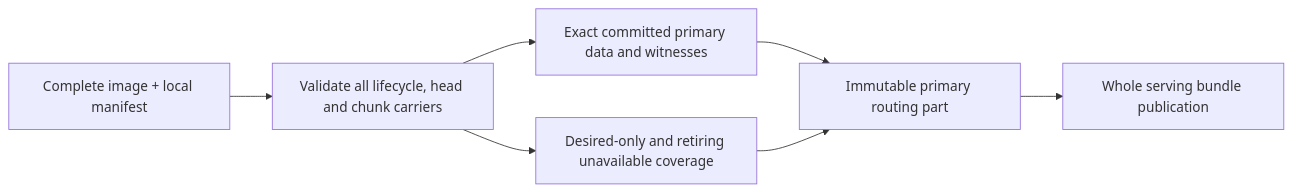
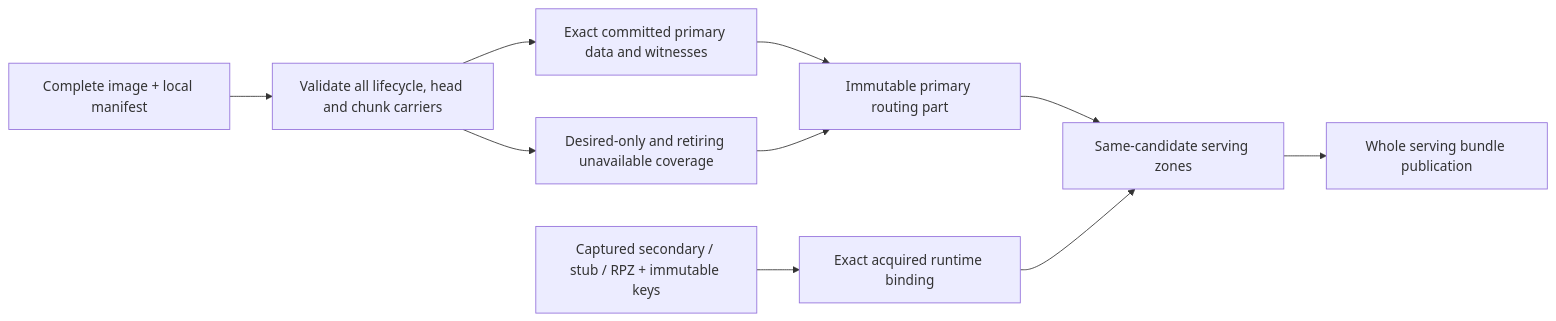
The eighth of 8 diagrams in docs/architecture/zones.md (robertherbaugh/kudurru), drawn with Mermaid before and after one commit. The commit also changed other lines of this file and 12 other files, not shown here.

Commit message:
feat(zone): compose admitted zones with pinned acquired runtimes

````diff
--- a/docs/architecture/zones.md
+++ b/docs/architecture/zones.md
@@ -495,9 +511,12 @@
 ```mermaid
 flowchart LR
     Image["Complete image + local manifest"] --> Validate["Validate all lifecycle, head and chunk carriers"]
     Validate --> Committed["Exact committed primary data and witnesses"]
     Validate --> Missing["Desired-only and retiring unavailable coverage"]
     Committed --> Part["Immutable primary routing part"]
     Missing --> Part
-    Part --> Bundle["Whole serving bundle publication"]
+    Runtime["Captured secondary / stub / RPZ + immutable keys"] --> Bound["Exact acquired runtime binding"]
+    Part --> Compose["Same-candidate serving zones"]
+    Bound --> Compose
+    Compose --> Bundle["Whole serving bundle publication"]
 ```
````
